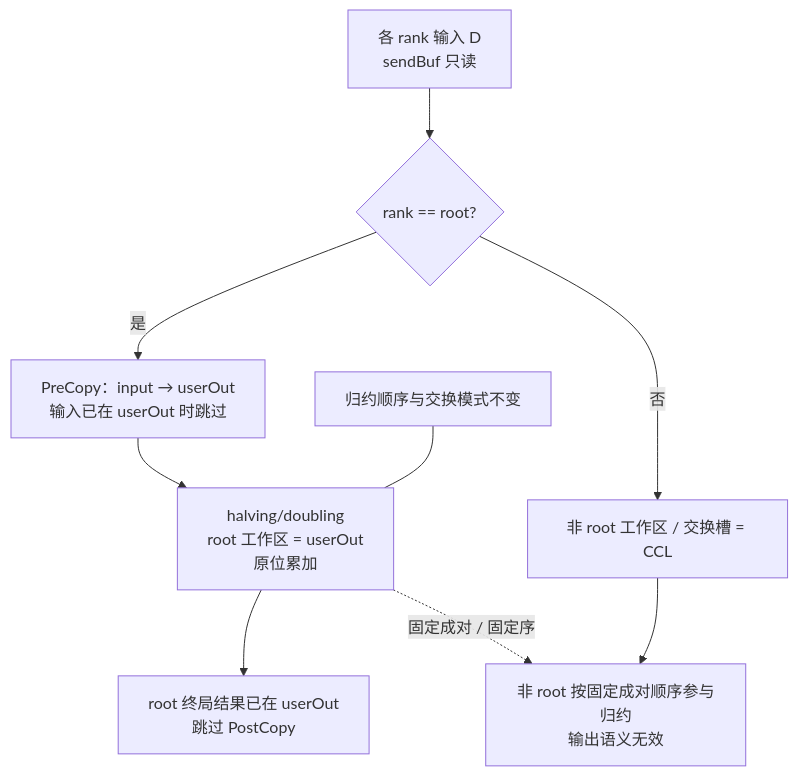
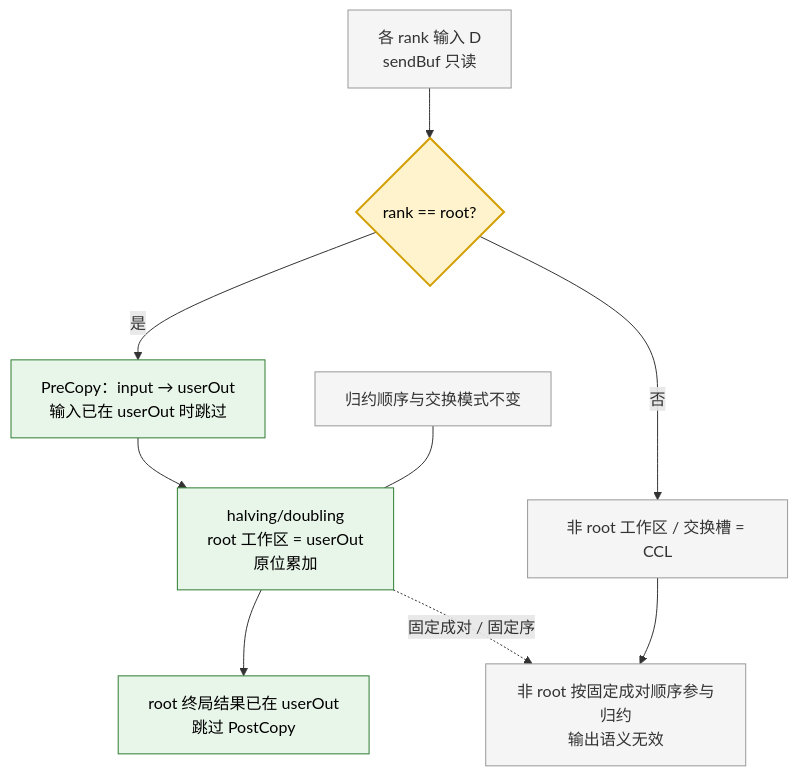
The ninth of 10 diagrams in design/26RP4/支持allgatherV、reduce算子的零拷贝模式/SRS_SD-AllGatherV与Reduce零拷贝.md (cassielee-tech/my-lib), drawn with Mermaid before and after one commit. The commit also changed other lines of this file, not shown here.

Commit message:
docs: 零拷贝关键流程图增加改动高亮

````diff
--- a/design/26RP4/支持allgatherV、reduce算子的零拷贝模式/SRS_SD-AllGatherV与Reduce零拷贝.md
+++ b/design/26RP4/支持allgatherV、reduce算子的零拷贝模式/SRS_SD-AllGatherV与Reduce零拷贝.md
@@ -494,11 +530,17 @@
 ```mermaid
 flowchart TD
     A["各 rank 输入 D<br/>sendBuf 只读"] --> B{"rank == root?"}
     B -- 是 --> C["PreCopy：input → userOut<br/>输入已在 userOut 时跳过"]
     C --> D["halving/doubling<br/>root 工作区 = userOut<br/>原位累加"]
     D --> E["root 终局结果已在 userOut<br/>跳过 PostCopy"]
     B -- 否 --> F["非 root 工作区 / 交换槽 = CCL"]
     F --> G["非 root 按固定成对顺序参与归约<br/>输出语义无效"]
     D -.->|固定成对 / 固定序| G
     H["归约顺序与交换模式不变"] --- D
+    classDef existing fill:#f5f5f5,stroke:#999,color:#333;
+    classDef changed fill:#fff3cd,stroke:#d39e00,stroke-width:2px,color:#000;
+    classDef direct fill:#e8f5e9,stroke:#2e7d32,color:#000;
+    class A,F,G,H existing;
+    class B changed;
+    class C,D,E direct;
 ```
````
